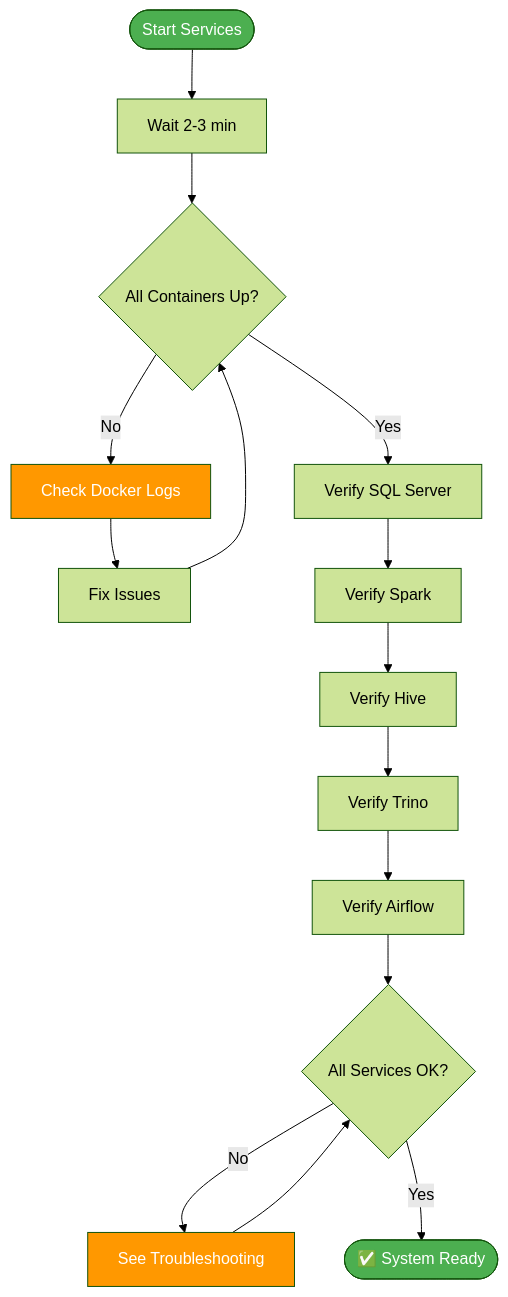
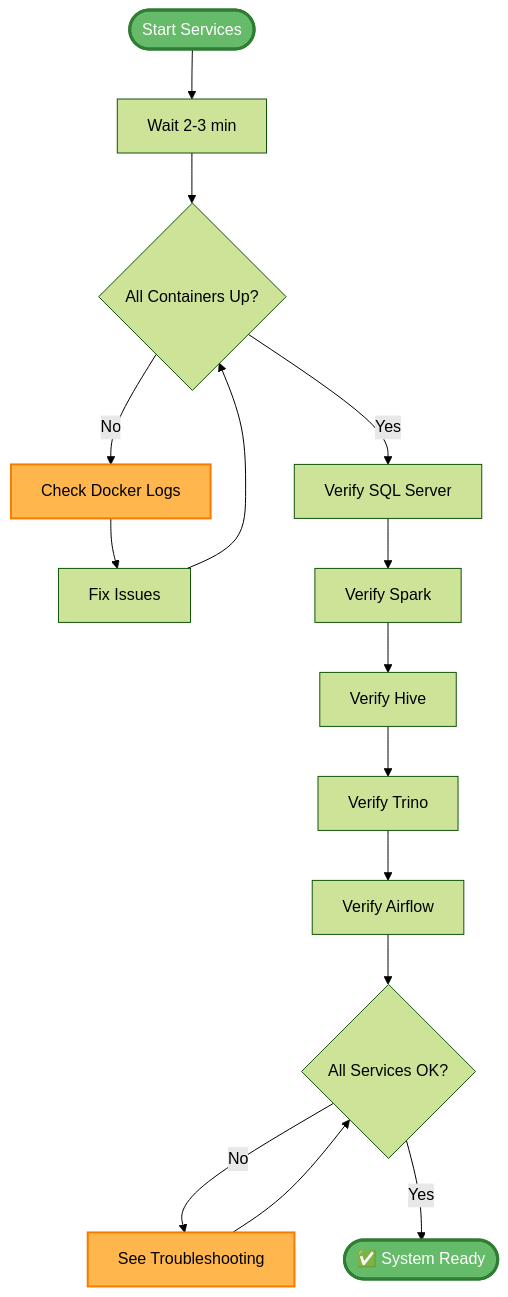
The diagram in Smart_City_Pipeline_2_Milestone_2/docs/STARTUP_GUIDE.md (elewashy/DEPI), drawn with Mermaid (forest theme) before and after one commit. The commit also changed 3 other files, not shown here.

````diff
--- a/Smart_City_Pipeline_2_Milestone_2/docs/STARTUP_GUIDE.md
+++ b/Smart_City_Pipeline_2_Milestone_2/docs/STARTUP_GUIDE.md
@@ -262,26 +262,26 @@
 ```mermaid
 flowchart TD
     Start([Start Services]) --> Wait[Wait 2-3 min]
     Wait --> CheckContainers{All Containers Up?}
     
     CheckContainers -->|No| CheckLogs[Check Docker Logs]
     CheckLogs --> FixIssues[Fix Issues]
     FixIssues --> CheckContainers
     
     CheckContainers -->|Yes| VerifySQL[Verify SQL Server]
     VerifySQL --> VerifySpark[Verify Spark]
     VerifySpark --> VerifyHive[Verify Hive]
     VerifyHive --> VerifyTrino[Verify Trino]
     VerifyTrino --> VerifyAirflow[Verify Airflow]
     
     VerifyAirflow --> AllGood{All Services OK?}
     AllGood -->|No| Troubleshoot[See Troubleshooting]
     AllGood -->|Yes| Ready([✅ System Ready])
     
     Troubleshoot --> AllGood
     
-    style Start fill:#4CAF50,color:#fff
-    style Ready fill:#4CAF50,color:#fff
-    style CheckLogs fill:#FF9800,color:#fff
-    style Troubleshoot fill:#FF9800,color:#fff
+    style Start fill:#66BB6A,stroke:#2E7D32,color:#fff,stroke-width:3px
+    style Ready fill:#66BB6A,stroke:#2E7D32,color:#fff,stroke-width:3px
+    style CheckLogs fill:#FFB74D,stroke:#F57C00,color:#000,stroke-width:2px
+    style Troubleshoot fill:#FFB74D,stroke:#F57C00,color:#000,stroke-width:2px
 ```
````
